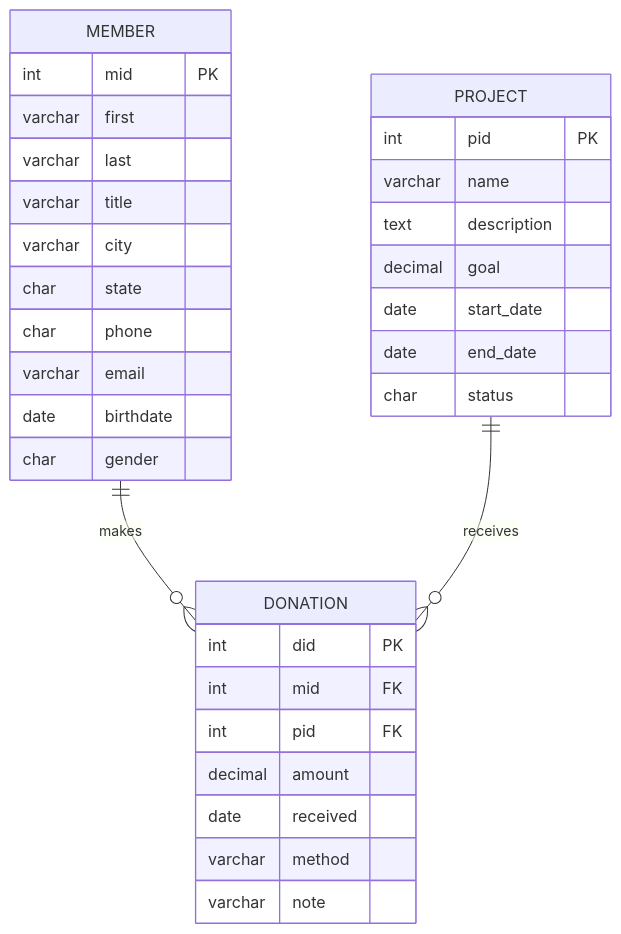
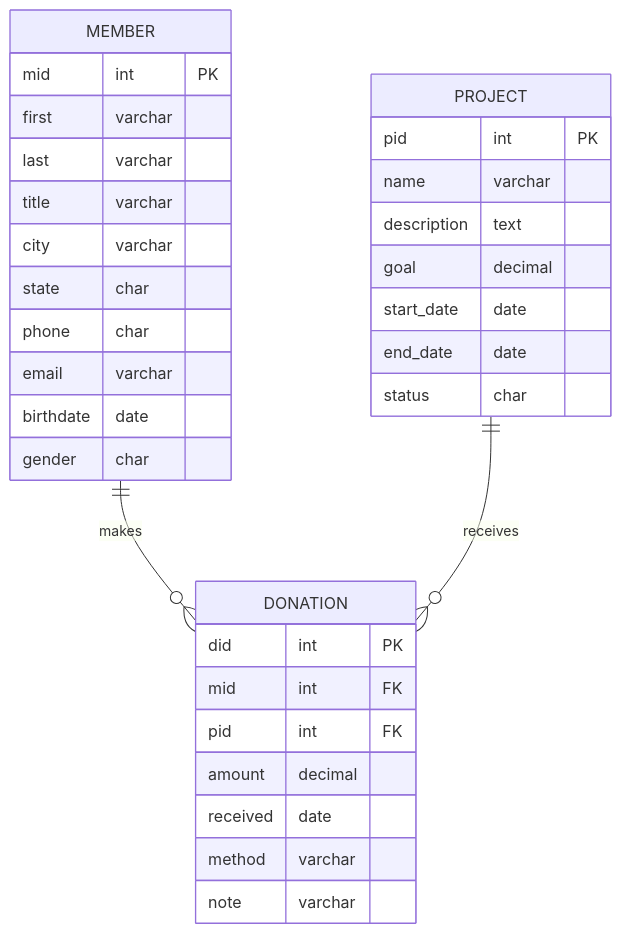
One commit to ProfLehman/cs415_fall_2025 changed the diagram in project/sample_project.md. Above: the diagram before and after it, drawn with Mermaid. The commit also changed other lines of this file, not shown here.

````diff
--- a/project/sample_project.md
+++ b/project/sample_project.md
@@ -26,39 +26,39 @@
 ```mermaid
 erDiagram
     MEMBER {
-        int mid PK
-        varchar first
-        varchar last
-        varchar title
-        varchar city
-        char state
-        char phone
-        varchar email
-        date birthdate
-        char gender
+        mid int PK
+        first varchar
+        last varchar
+        title varchar
+        city varchar
+        state char
+        phone char
+        email varchar
+        birthdate date
+        gender char
     }
 
     PROJECT {
-        int pid PK
-        varchar name
-        text description
-        decimal goal
-        date start_date
-        date end_date
-        char status
+        pid int PK
+        name varchar
+        description text
+        goal decimal
+        start_date date
+        end_date date
+        status char
     }
 
     DONATION {
-        int did PK
-        int mid FK
-        int pid FK
-        decimal amount
-        date received
-        varchar method
-        varchar note
+        did int PK
+        mid int FK
+        pid int FK
+        amount decimal
+        received date
+        method varchar
+        note varchar
     }
 
-    MEMBER ||--o{ DONATION : makes
-    PROJECT ||--o{ DONATION : receives
+    MEMBER ||--o{ DONATION : "makes"
+    PROJECT ||--o{ DONATION : "receives"
 
 ```
````
